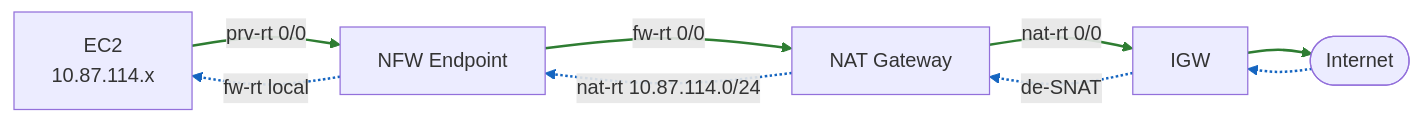
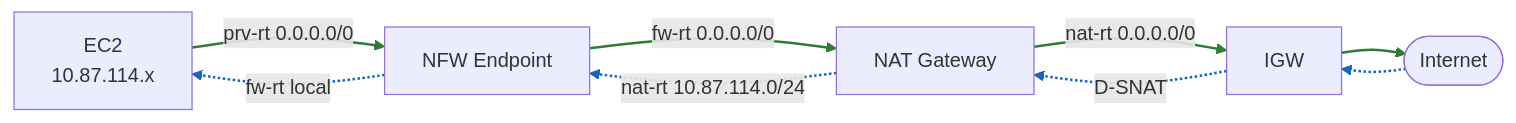
The diagram in README.md (aobao32/nfw-vgw-and-nat-demo), drawn with Mermaid before and after one commit. The commit also changed other lines of this file and 1 other file, not shown here.

Commit message:
update nfw policy default action

````diff
--- a/README.md
+++ b/README.md
@@ -91,23 +103,23 @@
 ```mermaid
 flowchart LR
     EC2["EC2<br/>10.87.114.x"]
     NFW["NFW Endpoint"]
     NAT["NAT Gateway"]
     IGW["IGW"]
     NET(["Internet"])
 
     %% 出站方向
-    EC2 -->|"prv-rt 0/0"| NFW
-    NFW -->|"fw-rt 0/0"| NAT
-    NAT -->|"nat-rt 0/0"| IGW
+    EC2 -->|"prv-rt 0.0.0.0/0"| NFW
+    NFW -->|"fw-rt 0.0.0.0/0"| NAT
+    NAT -->|"nat-rt 0.0.0.0/0"| IGW
     IGW --> NET
 
     %% 回程方向
     NET -.-> IGW
-    IGW -.->|"de-SNAT"| NAT
+    IGW -.->|"D-SNAT"| NAT
     NAT -.->|"nat-rt 10.87.114.0/24"| NFW
     NFW -.->|"fw-rt local"| EC2
 
     linkStyle 0,1,2,3 stroke:#2e7d32,stroke-width:2px
     linkStyle 4,5,6,7 stroke:#1565c0,stroke-width:2px
 ```
````
